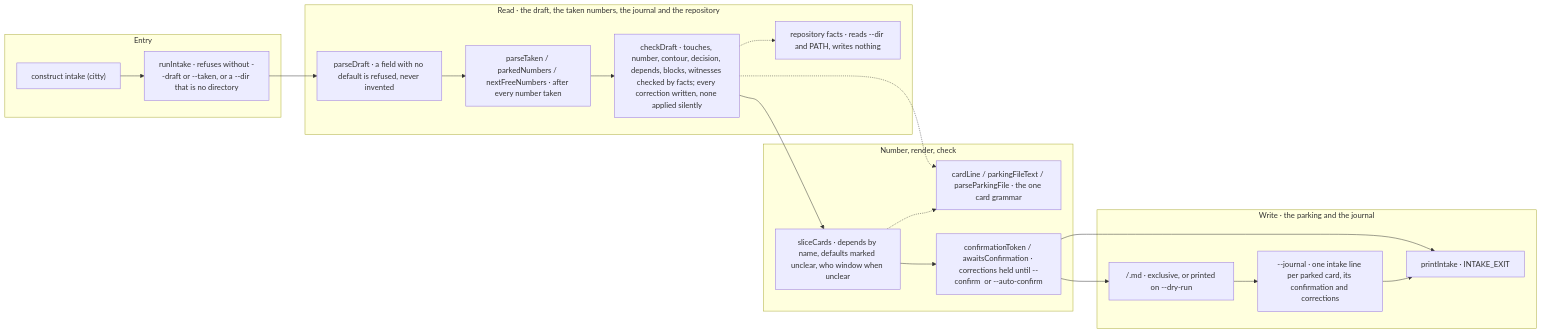
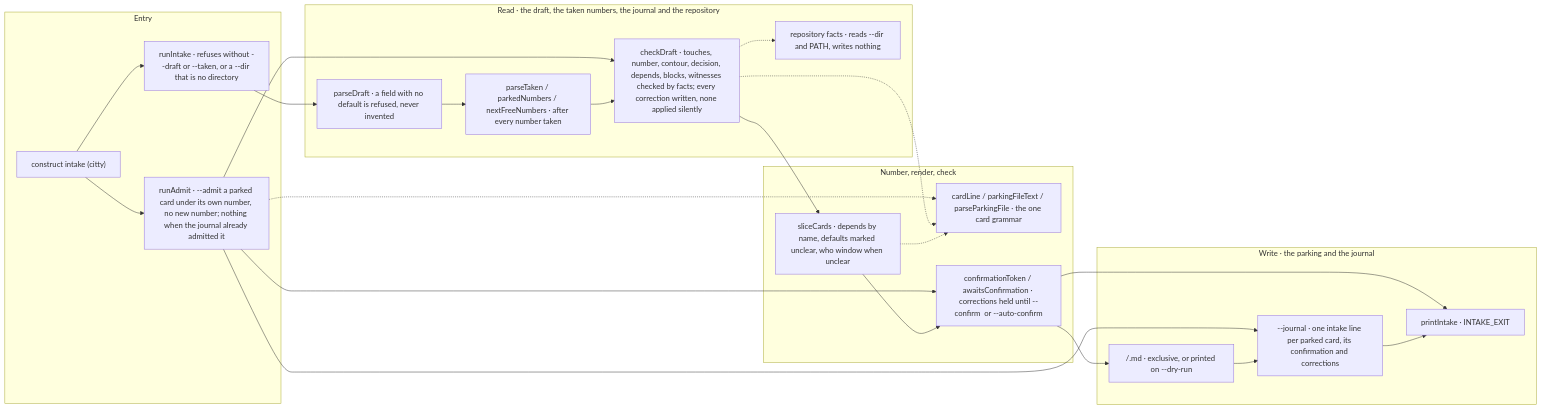
The diagram in architecture/intake.md (E1i/mikoshi-construct), drawn with Mermaid before and after one commit. The commit also changed other lines of this file and 18 other files, not shown here.

First line of the commit message:
feat(intake): construct intake --admit takes a card parked before the intake door (#571)

````diff
--- a/architecture/intake.md
+++ b/architecture/intake.md
@@ -10,36 +10,42 @@
 ```mermaid
 flowchart LR
   subgraph b_entry["Entry"]
     cli["construct intake (citty)"]
     run["runIntake · refuses without --draft or --taken, or a --dir that is no directory"]
+    admit["runAdmit · --admit a parked card under its own number, no new number; nothing when the journal already admitted it"]
   end
   subgraph b_read["Read · the draft, the taken numbers, the journal and the repository"]
     draft["parseDraft · a field with no default is refused, never invented"]
     numbers["parseTaken / parkedNumbers / nextFreeNumbers · after every number taken"]
     check["checkDraft · touches, number, contour, decision, depends, blocks, witnesses checked by facts; every correction written, none applied silently"]
     facts["repository facts · reads --dir and PATH, writes nothing"]
   end
   subgraph b_slice["Number, render, check"]
     slice["sliceCards · depends by name, defaults marked unclear, who window when unclear"]
     grammar["cardLine / parkingFileText / parseParkingFile · the one card grammar"]
     confirm["confirmationToken / awaitsConfirmation · corrections held until --confirm <token> or --auto-confirm"]
   end
   subgraph b_write["Write · the parking and the journal"]
     write["<parking>/<id>.md · exclusive, or printed on --dry-run"]
     journal["--journal · one intake line per parked card, its confirmation and corrections"]
     print["printIntake · INTAKE_EXIT"]
   end
   cli --> run
+  cli --> admit
+  admit -.-> grammar
+  admit --> check
+  admit --> confirm
+  admit --> journal
   run --> draft
   draft --> numbers
   numbers --> check
   check --> slice
   check -.-> facts
   check -.-> grammar
   slice -.-> grammar
   slice --> confirm
   confirm --> write
   confirm --> print
   write --> journal
   journal --> print
 ```
````
